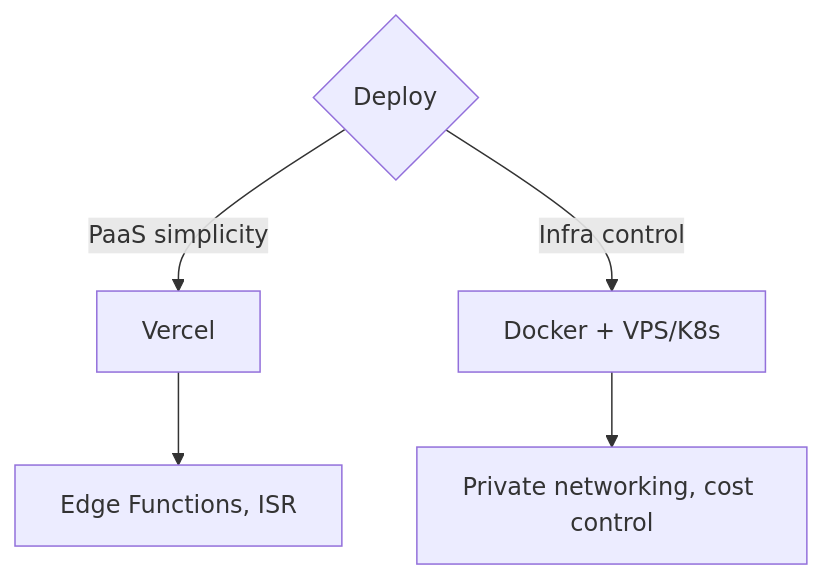
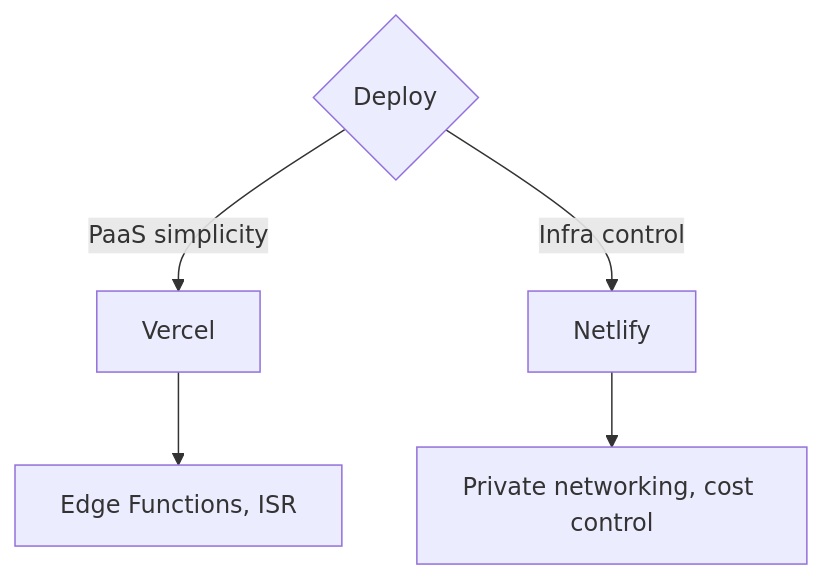
One commit to mehmetburakyavuz/test-dog changed the fifth of 7 diagrams in README.md. Above: the diagram before and after it, drawn with Mermaid. The commit also changed other lines of this file, not shown here.

````diff
--- a/README.md
+++ b/README.md
@@ -654,8 +2670,8 @@
 ```mermaid
 flowchart TD
     DEP{Deploy} -->|PaaS simplicity| VERC[Vercel]
-    DEP -->|Infra control| DKR[Docker + VPS/K8s]
+    DEP -->|Infra control| DKR[Netlify]
 
     VERC --> VERCa[Edge Functions, ISR]
     DKR --> DKRb[Private networking, cost control]
 ```
````
